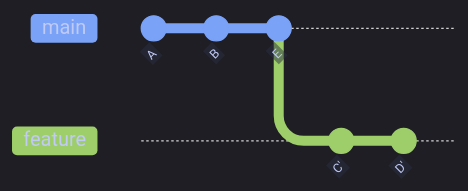
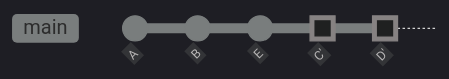
The sixth of 9 diagrams in content/08-Git/git-branching-and-merging.md (alp78/elysium), drawn with Mermaid before and after one commit. The commit also changed other lines of this file and 55 other files, not shown here.

````diff
--- a/content/08-Git/git-branching-and-merging.md
+++ b/content/08-Git/git-branching-and-merging.md
@@ -440,28 +394,9 @@
 ```mermaid
-%%{init: {'theme': 'dark', 'themeVariables': {
-  'git0': '#7aa2f7',
-  'git1': '#9ece6a',
-  'git2': '#e0af68',
-  'git3': '#f7768e',
-  'git4': '#bb9af7',
-  'git5': '#7dcfff',
-  'git6': '#73daca',
-  'git7': '#ff9e64',
-  'gitBranchLabel0': '#c0caf5',
-  'gitBranchLabel1': '#c0caf5',
-  'gitBranchLabel2': '#c0caf5',
-  'gitBranchLabel3': '#c0caf5',
-  'commitLabelColor': '#c0caf5',
-  'commitLabelBackground': '#292e42',
-  'tagLabelColor': '#c0caf5',
-  'tagLabelBackground': '#292e42',
-  'tagLabelBorder': '#565f89'
-}}}%%
+%%{init: {'theme': 'dark', 'gitGraph': {'mainBranchName': 'main'}} }%%
 gitGraph
   commit id: "A"
   commit id: "B"
   commit id: "E"
-  branch feature
-  commit id: "C'"
-  commit id: "D'"
+  commit id: "C'" type: HIGHLIGHT
+  commit id: "D'" type: HIGHLIGHT
 ```
````
